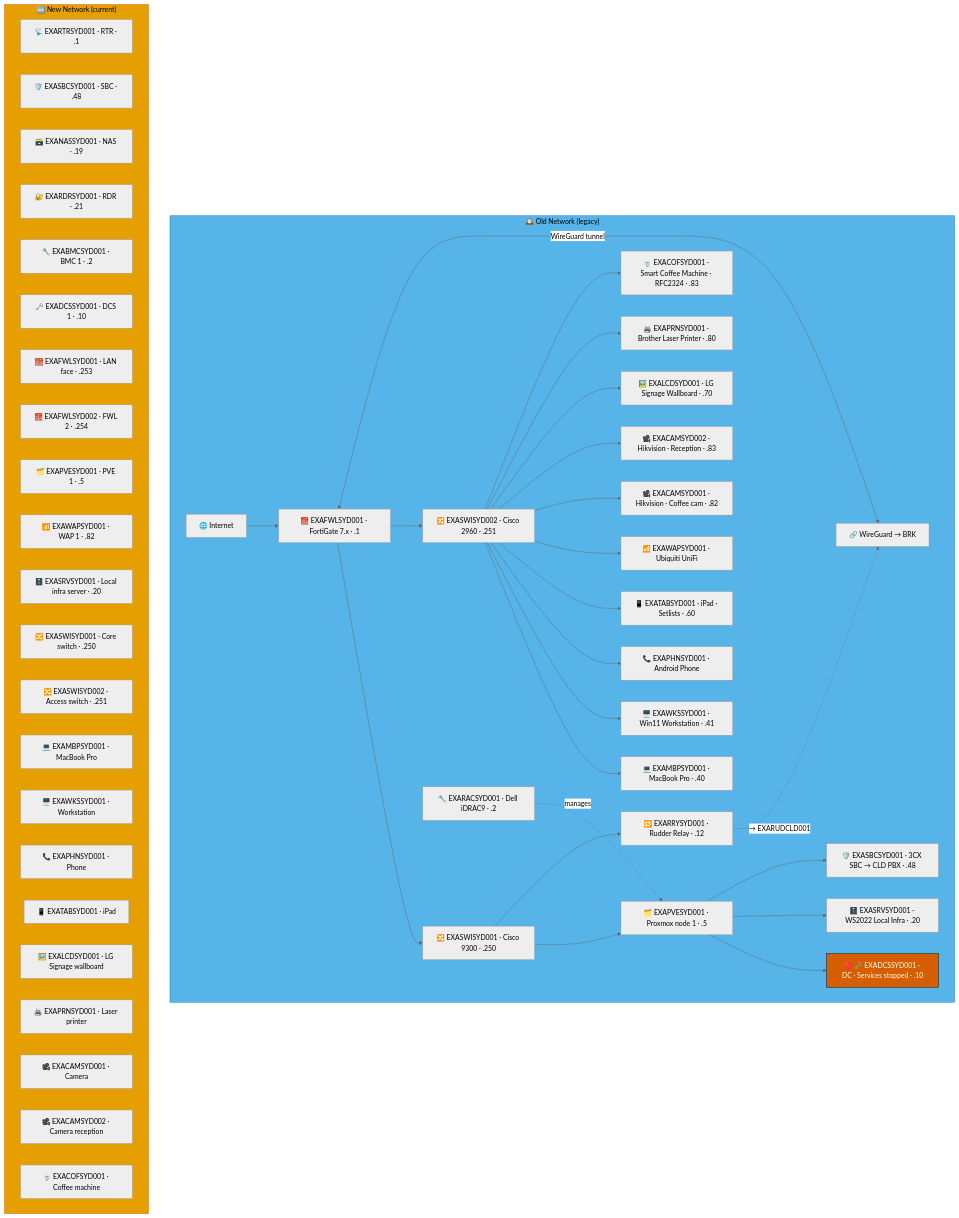
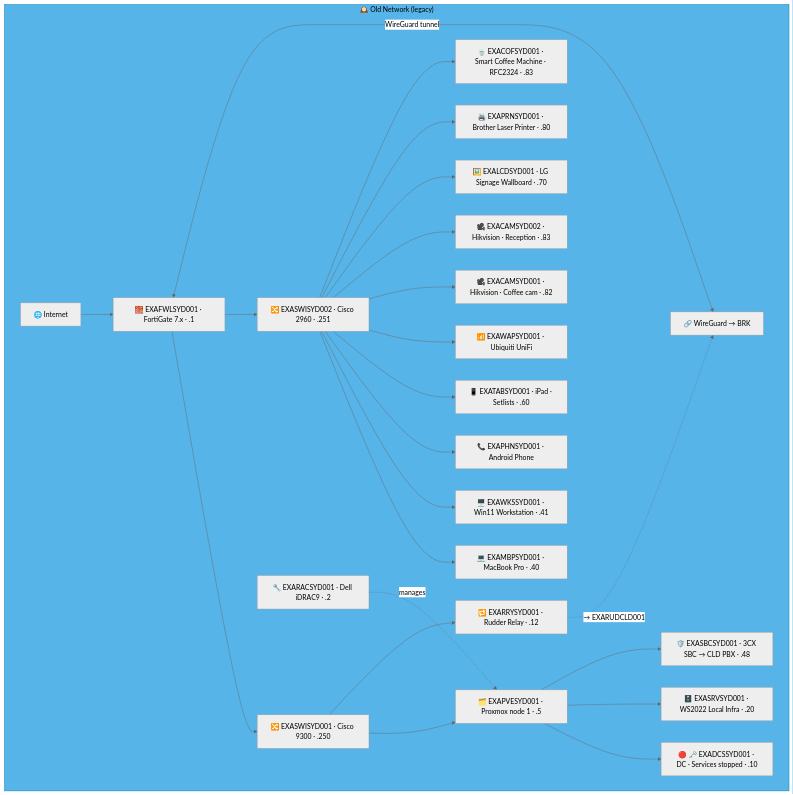
Before and after one commit to knightmare2600/example_music_infra: the first of 4 diagrams in docs/network-diagram/australia.md, drawn with Mermaid (neutral theme). The commit also changed other lines of this file and 35 other files, not shown here.

````diff
--- a/docs/network-diagram/australia.md
+++ b/docs/network-diagram/australia.md
@@ -17,66 +17,37 @@
 ```mermaid
 graph TD
     subgraph OLD_SYD ["🕰️ Old Network (legacy)"]
       INET["🌐 Internet"]
       FWL["🧱 EXAFWLSYD001 · FortiGate 7.x · .1"]
       SW1["🔀 EXASWISYD001 · Cisco 9300 · .250"]
       SW2["🔀 EXASWISYD002 · Cisco 2960 · .251"]
       RAC["🔧 EXARACSYD001 · Dell iDRAC9 · .2"]
       PVE["🗂️ EXAPVESYD001 · Proxmox node 1 · .5"]
       DC["🔴 🗝️ EXADCSSYD001 · DC · Services stopped · .10"]
       SRV["🗄️ EXASRVSYD001 · WS2022 Local Infra · .20"]
       SBC["🛡️ EXASBCSYD001 · 3CX SBC → CLD PBX · .48"]
       RRY["🔁 EXARRYSYD001 · Rudder Relay · .12"]
       MBP["💻 EXAMBPSYD001 · MacBook Pro · .40"]
       WKS["🖥️ EXAWKSSYD001 · Win11 Workstation · .41"]
       PHN["📞 EXAPHNSYD001 · Android Phone"]
       TAB["📱 EXATABSYD001 · iPad · Setlists · .60"]
       WAP["📶 EXAWAPSYD001 · Ubiquiti UniFi"]
       CAM1["🎥 EXACAMSYD001 · Hikvision · Coffee cam · .82"]
       CAM2["🎥 EXACAMSYD002 · Hikvision · Reception · .83"]
       LCD["🖼️ EXALCDSYD001 · LG Signage Wallboard · .70"]
       PRN["🖨️ EXAPRNSYD001 · Brother Laser Printer · .80"]
       COF["🍵 EXACOFSYD001 · Smart Coffee Machine · RFC2324 · .83"]
       VPN["🔗 WireGuard → BRK"]
 
       INET --> FWL --> SW1 & SW2
       SW1 --> PVE --> DC & SRV & SBC
       RAC -.->|"manages"| PVE
       SW2 --> MBP & WKS & PHN & TAB & WAP
       SW2 --> CAM1 & CAM2 & LCD & PRN & COF
       FWL <-->|"WireGuard tunnel"| VPN
 
       SW1 --> RRY
       RRY -. "→ EXARUDCLD001" .-> VPN
     end
     style OLD_SYD fill:#56B4E9,stroke:#0072B2,color:#000000
-    %% GENERATED:NEW-NETWORK:SYD:START
-    subgraph NEW_SYD ["🆕 New Network (current)"]
-      N_RTR["📡 EXARTRSYD001 · RTR · .1"]
-      N_SBC["🛡️ EXASBCSYD001 · SBC · .48"]
-      N_NAS["🗃️ EXANASSYD001 · NAS · .19"]
-      N_RDR["🔐 EXARDRSYD001 · RDR · .21"]
-      N_BMC["🔧 EXABMCSYD001 · BMC 1 · .2"]
-      N_DCS["🗝️ EXADCSSYD001 · DCS 1 · .10"]
-      N_FWL["🧱 EXAFWLSYD001 · LAN face · .253"]
-      N_FWL2["🧱 EXAFWLSYD002 · FWL 2 · .254"]
-      N_PVE["🗂️ EXAPVESYD001 · PVE 1 · .5"]
-      N_WAP["📶 EXAWAPSYD001 · WAP 1 · .82"]
-      N_SRV["🗄️ EXASRVSYD001 · Local infra server · .20"]
-      N_SWI["🔀 EXASWISYD001 · Core switch · .250"]
-      N_SWI2["🔀 EXASWISYD002 · Access switch · .251"]
-      N_MBP["💻 EXAMBPSYD001 · MacBook Pro"]
-      N_WKS["🖥️ EXAWKSSYD001 · Workstation"]
-      N_PHN["📞 EXAPHNSYD001 · Phone"]
-      N_TAB["📱 EXATABSYD001 · iPad"]
-      N_LCD["🖼️ EXALCDSYD001 · LG Signage wallboard"]
-      N_PRN["🖨️ EXAPRNSYD001 · Laser printer"]
-      N_CAM["🎥 EXACAMSYD001 · Camera"]
-      N_CAM2["🎥 EXACAMSYD002 · Camera reception"]
-      N_COF["🍵 EXACOFSYD001 · Coffee machine"]
-    end
-    style NEW_SYD fill:#E69F00,stroke:#D55E00,color:#000000
-    %% GENERATED:NEW-NETWORK:SYD:END
-    classDef warn fill:#D55E00,stroke:#000000,color:#ffffff
-    class DC warn
 ```
````
